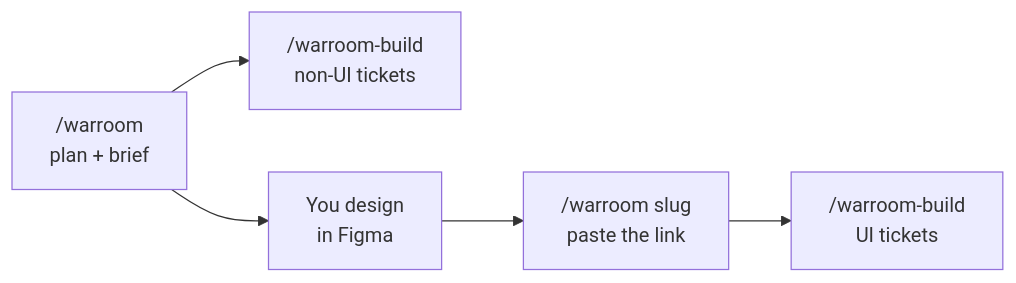
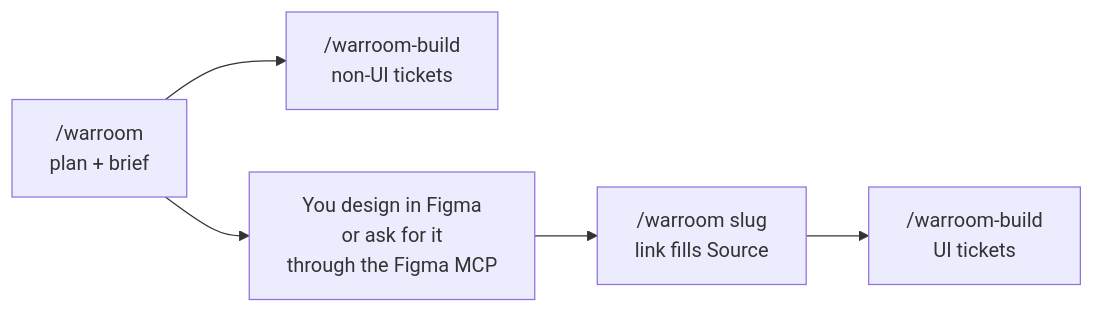
One commit to mousemouse094526/kiki-kit changed the third of 7 diagrams in docs/flow.md. Above: the diagram before and after it, drawn with Mermaid. The commit also changed other lines of this file and 8 other files, not shown here.

````diff
--- a/docs/flow.md
+++ b/docs/flow.md
@@ -86,11 +86,11 @@
 ```mermaid
 flowchart LR
     P["/warroom<br/>plan + brief"]
     API["/warroom-build<br/>non-UI tickets"]
-    D["You design<br/>in Figma"]
-    L["/warroom slug<br/>paste the link"]
+    D["You design in Figma<br/>or ask for it<br/>through the Figma MCP"]
+    L["/warroom slug<br/>link fills Source"]
     UI["/warroom-build<br/>UI tickets"]
 
     P --> API
     P --> D --> L --> UI
 ```
````
